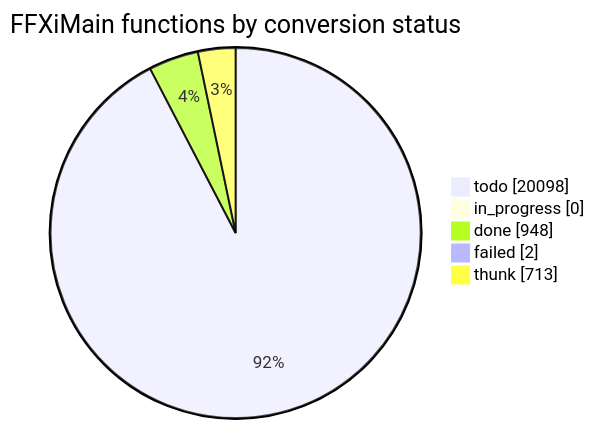
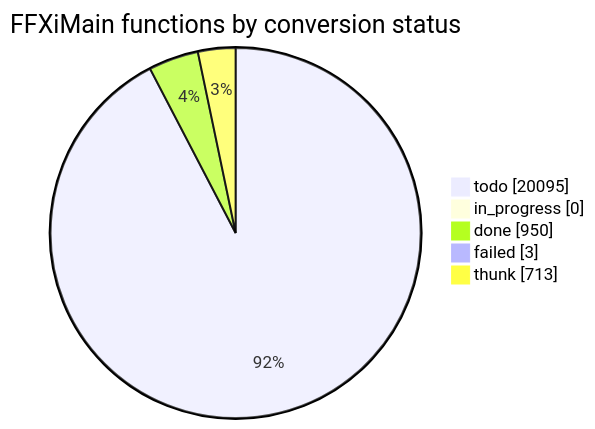
Before and after one commit to cowrevenge/cow_kuluu_xi_anything: the diagram in docs/cow/STATUS.md, drawn with Mermaid. The commit also changed other lines of this file and 3 other files, not shown here.

````diff
--- a/docs/cow/STATUS.md
+++ b/docs/cow/STATUS.md
@@ -18,9 +18,9 @@
 ```mermaid
 pie showData
     title FFXiMain functions by conversion status
-    "todo" : 20098
+    "todo" : 20095
     "in_progress" : 0
-    "done" : 948
-    "failed" : 2
+    "done" : 950
+    "failed" : 3
     "thunk" : 713
 ```
````
